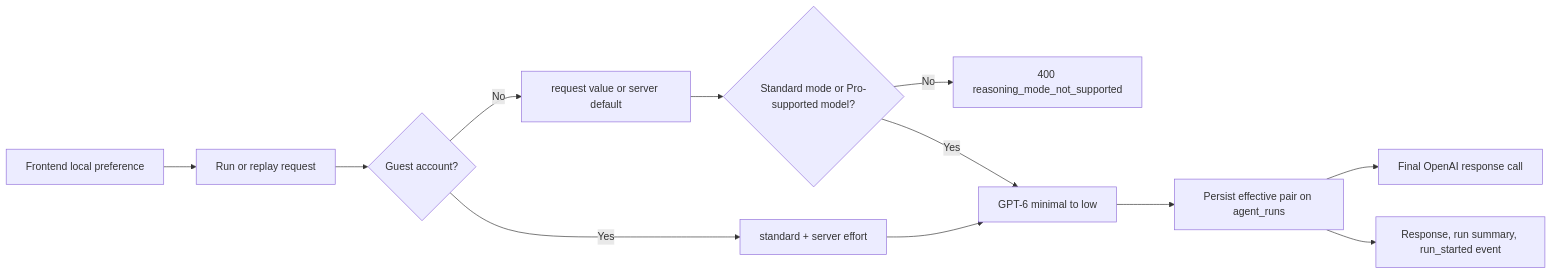
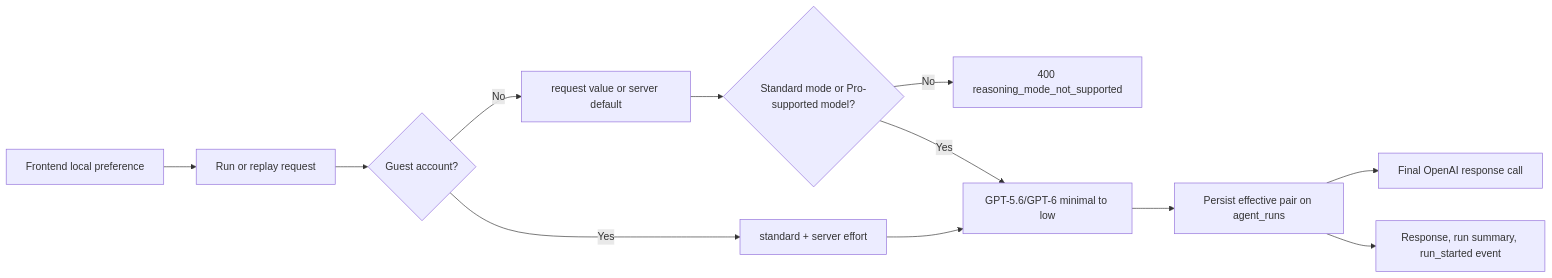
Before and after one commit to heecheon92/my-agents: the diagram in docs/product-chat-service/en/26-run-reasoning-preferences.md, drawn with Mermaid. The commit also changed other lines of this file and 17 other files, not shown here.

Commit message:
fix: normalize GPT-5.6 minimal effort and freeze public options

````diff
--- a/docs/product-chat-service/en/26-run-reasoning-preferences.md
+++ b/docs/product-chat-service/en/26-run-reasoning-preferences.md
@@ -9,14 +9,14 @@
 ```mermaid
 flowchart LR
     UI["Frontend local preference"] --> Request["Run or replay request"]
     Request --> Guest{"Guest account?"}
     Guest -->|Yes| Fixed["standard + server effort"]
     Guest -->|No| Resolve["request value or server default"]
     Resolve --> Check{"Standard mode or Pro-supported model?"}
     Check -->|No| Error["400 reasoning_mode_not_supported"]
-    Check -->|Yes| Normalize["GPT-6 minimal to low"]
+    Check -->|Yes| Normalize["GPT-5.6/GPT-6 minimal to low"]
     Normalize --> Persist["Persist effective pair on agent_runs"]
     Fixed --> Normalize
     Persist --> Provider["Final OpenAI response call"]
     Persist --> Contract["Response, run summary, run_started event"]
 ```
````
